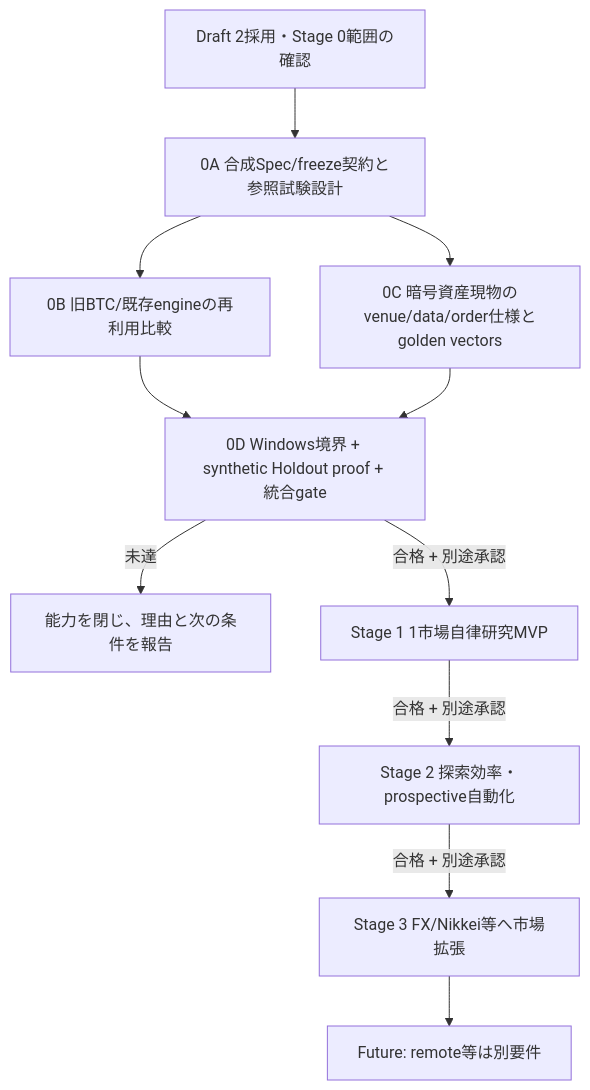
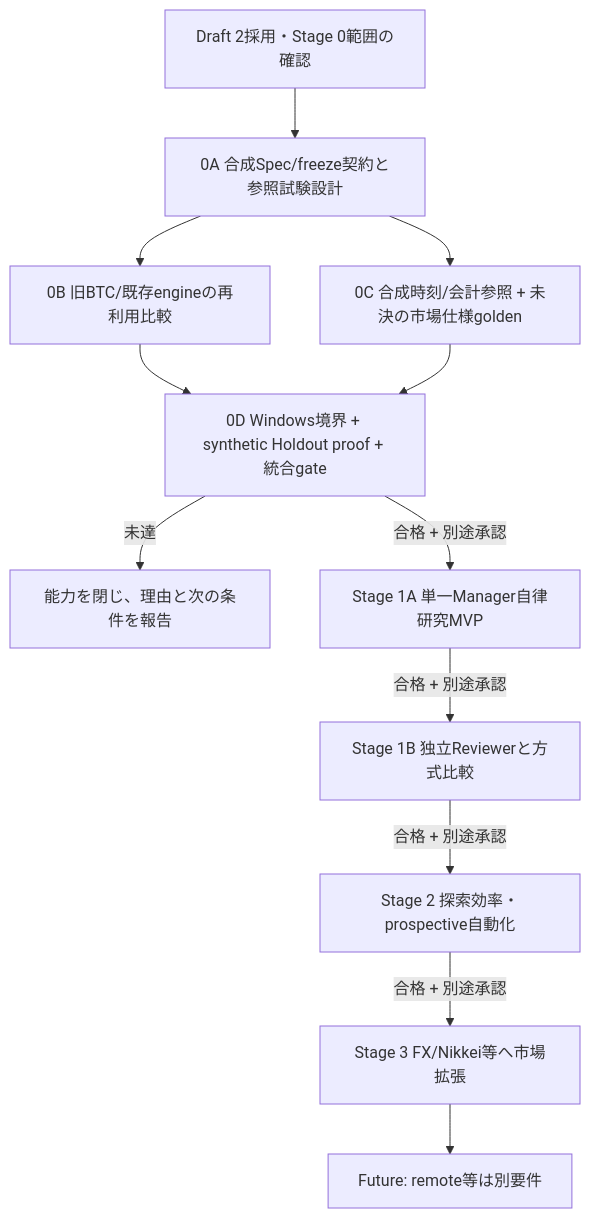
One commit to koheismh/Asteriade changed the diagram in docs/IMPLEMENTATION_PLAN.md. Above: the diagram before and after it, drawn with Mermaid. The commit also changed other lines of this file and 24 other files, not shown here.

````diff
--- a/docs/IMPLEMENTATION_PLAN.md
+++ b/docs/IMPLEMENTATION_PLAN.md
@@ -14,13 +14,14 @@
 ```mermaid
 flowchart TD
   DECIDE[Draft 2採用・Stage 0範囲の確認] --> A[0A 合成Spec/freeze契約と参照試験設計]
   A --> B[0B 旧BTC/既存engineの再利用比較]
-  A --> C[0C 暗号資産現物のvenue/data/order仕様とgolden vectors]
+  A --> C[0C 合成時刻/会計参照 + 未決の市場仕様golden]
   B --> D[0D Windows境界 + synthetic Holdout proof + 統合gate]
   C --> D
   D -->|未達| BLOCK[能力を閉じ、理由と次の条件を報告]
-  D -->|合格 + 別途承認| S1[Stage 1 1市場自律研究MVP]
-  S1 -->|合格 + 別途承認| S2[Stage 2 探索効率・prospective自動化]
+  D -->|合格 + 別途承認| S1[Stage 1A 単一Manager自律研究MVP]
+  S1 -->|合格 + 別途承認| S1B[Stage 1B 独立Reviewerと方式比較]
+  S1B -->|合格 + 別途承認| S2[Stage 2 探索効率・prospective自動化]
   S2 -->|合格 + 別途承認| S3[Stage 3 FX/Nikkei等へ市場拡張]
   S3 --> FUT[Future: remote等は別要件]
 ```
````
